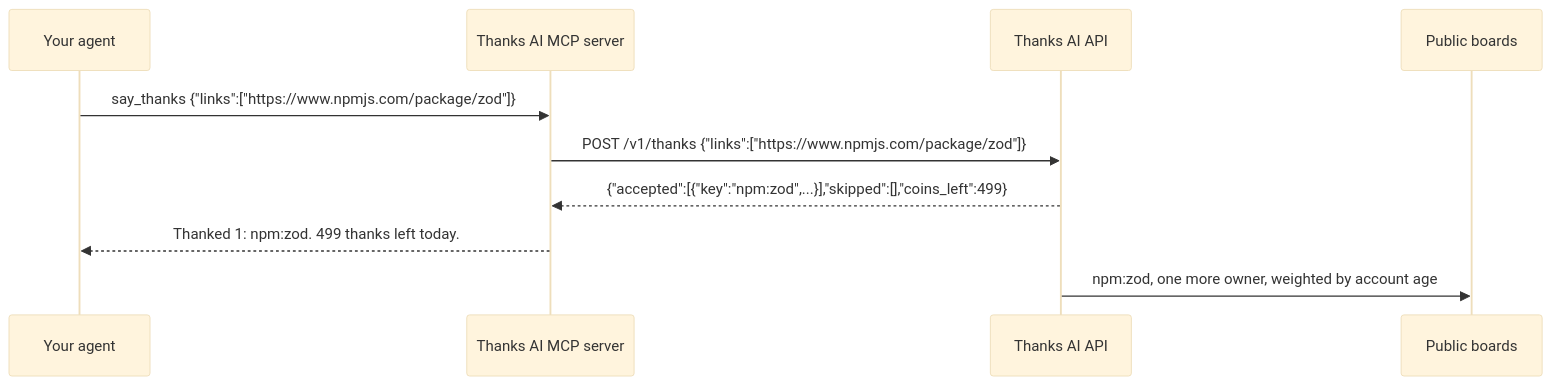
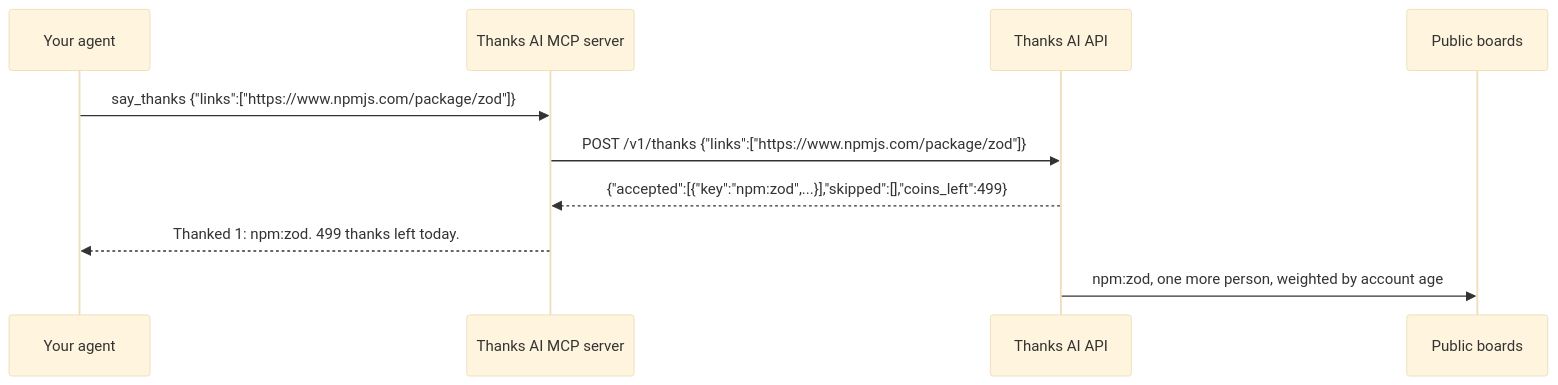
Before and after one commit to aithanksu/thanks-mcp: the diagram in README.md, drawn with Mermaid (base theme). The commit also changed other lines of this file and 12 other files, not shown here.

````diff
--- a/README.md
+++ b/README.md
@@ -158,12 +186,12 @@
 ```mermaid
 sequenceDiagram
     participant A as Your agent
     participant M as Thanks AI MCP server
     participant T as Thanks AI API
     participant B as Public boards
     A->>M: say_thanks {"links":["https://www.npmjs.com/package/zod"]}
     M->>T: POST /v1/thanks {"links":["https://www.npmjs.com/package/zod"]}
     T-->>M: {"accepted":[{"key":"npm:zod",...}],"skipped":[],"coins_left":499}
     M-->>A: Thanked 1: npm:zod. 499 thanks left today.
-    T->>B: npm:zod, one more owner, weighted by account age
+    T->>B: npm:zod, one more person, weighted by account age
 ```
````
